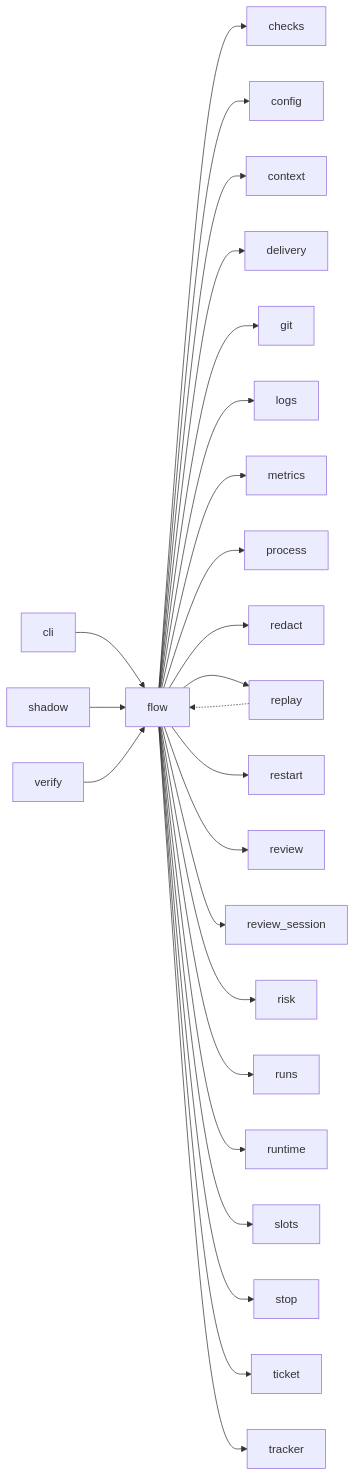
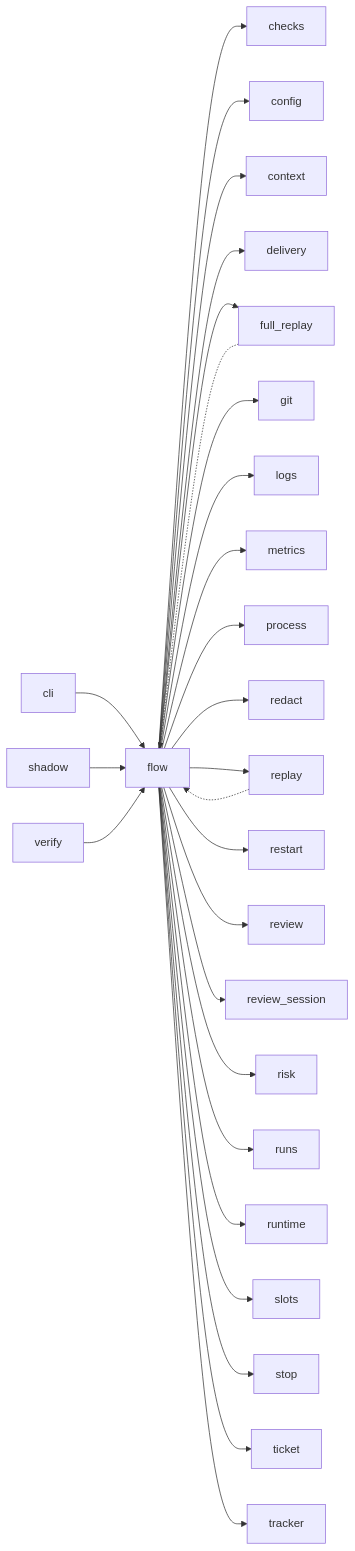
The third of 3 diagrams in docs/architecture/modules/flow.md (plaplanche/ariane), drawn with Mermaid before and after one commit. The commit also changed other lines of this file and 41 other files, not shown here.

Commit message:
#186: Sampled full replay, escapes and escape rate in ariane report (C9, C19)

````diff
--- a/docs/architecture/modules/flow.md
+++ b/docs/architecture/modules/flow.md
@@ -121,27 +122,29 @@
 ```mermaid
 flowchart LR
   cli --> flow
   flow --> checks
   flow --> config
   flow --> context
   flow --> delivery
+  flow --> full_replay
   flow --> git
   flow --> logs
   flow --> metrics
   flow --> process
   flow --> redact
   flow --> replay
   flow --> restart
   flow --> review
   flow --> review_session
   flow --> risk
   flow --> runs
   flow --> runtime
   flow --> slots
   flow --> stop
   flow --> ticket
   flow --> tracker
+  full_replay -.-> flow
   replay -.-> flow
   shadow --> flow
   verify --> flow
 ```
````
